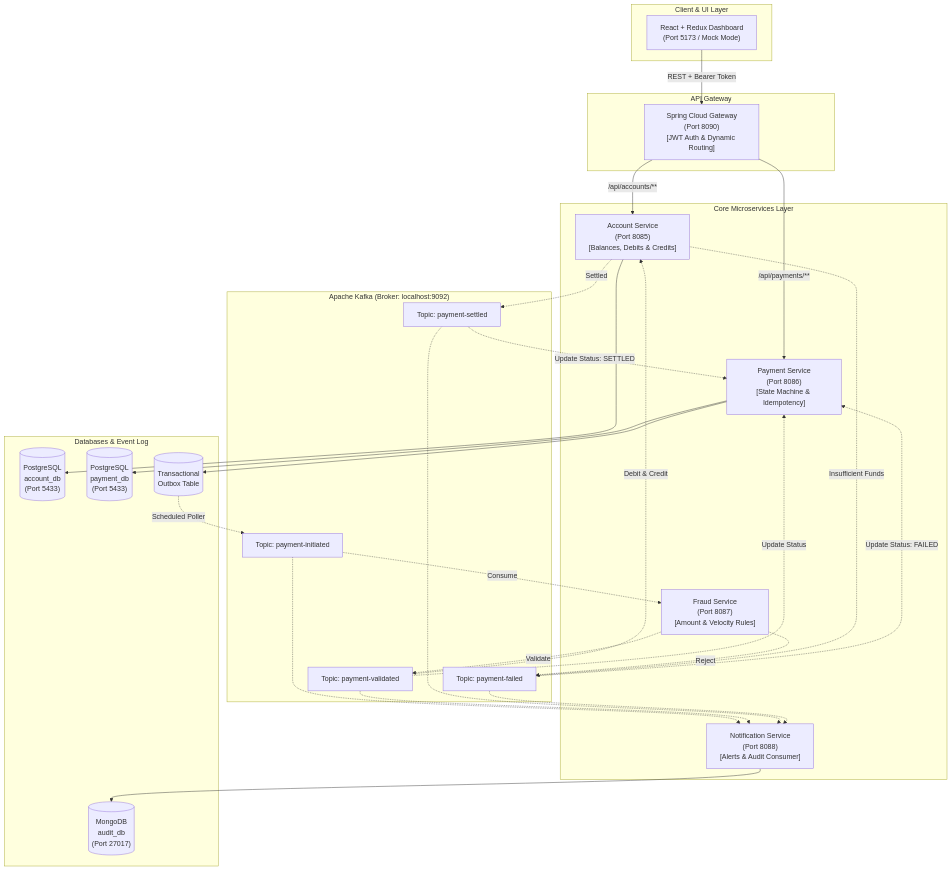
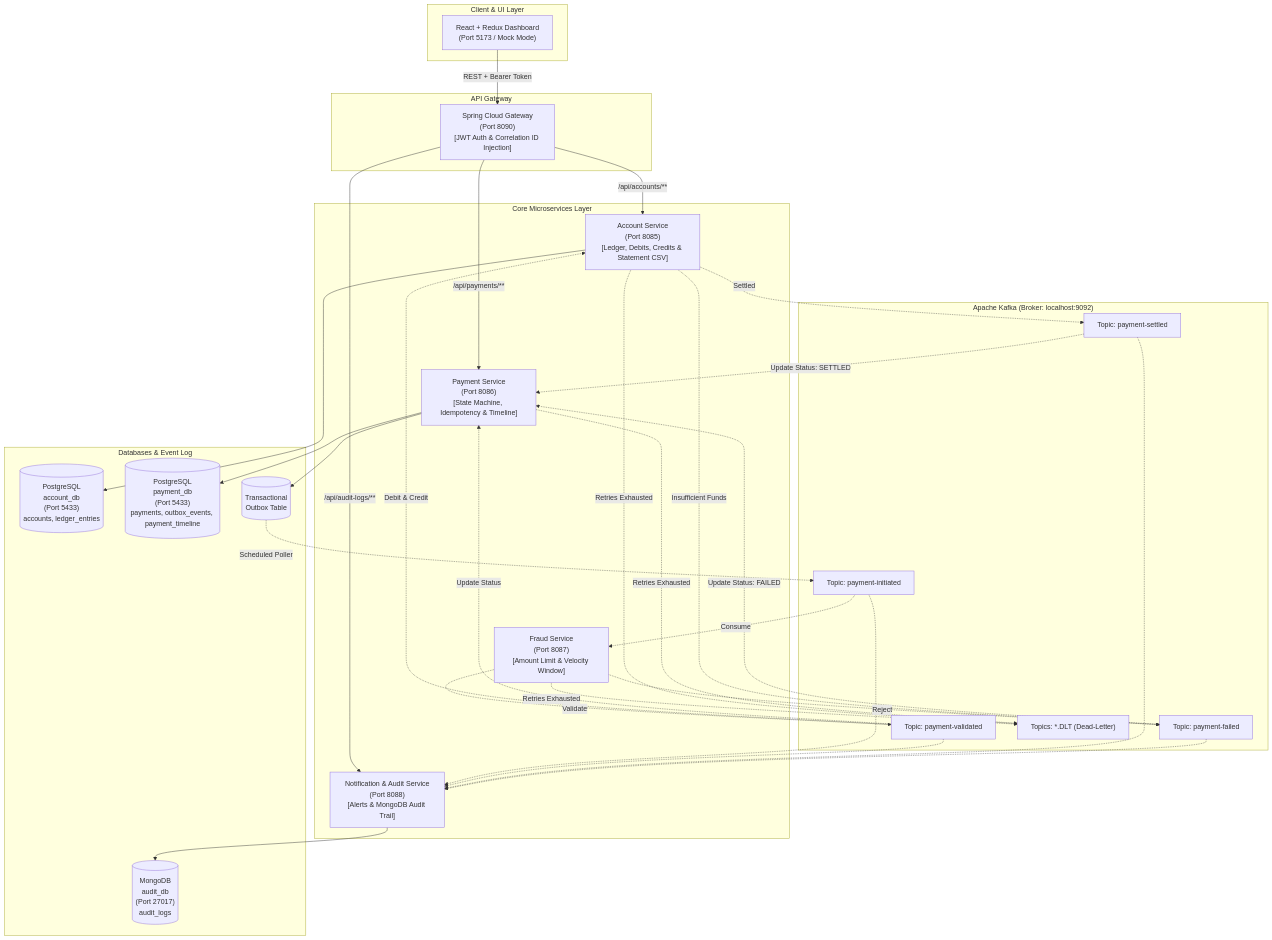
One commit to aryanpandeyce/payment-platform-java changed the diagram in README.md. Above: the diagram before and after it, drawn with Mermaid. The commit also changed other lines of this file and 4 other files, not shown here.

````diff
--- a/README.md
+++ b/README.md
@@ -20,57 +34,64 @@
 ```mermaid
 flowchart TD
     subgraph ClientLayer["Client & UI Layer"]
         UI["React + Redux Dashboard\n(Port 5173 / Mock Mode)"]
     end
 
     subgraph GatewayLayer["API Gateway"]
-        GW["Spring Cloud Gateway\n(Port 8090)\n[JWT Auth & Dynamic Routing]"]
+        GW["Spring Cloud Gateway\n(Port 8090)\n[JWT Auth & Correlation ID Injection]"]
     end
 
     subgraph Services["Core Microservices Layer"]
-        ACC["Account Service\n(Port 8085)\n[Balances, Debits & Credits]"]
-        PAY["Payment Service\n(Port 8086)\n[State Machine & Idempotency]"]
-        FRD["Fraud Service\n(Port 8087)\n[Amount & Velocity Rules]"]
-        NOTIF["Notification Service\n(Port 8088)\n[Alerts & Audit Consumer]"]
+        ACC["Account Service\n(Port 8085)\n[Ledger, Debits, Credits & Statement CSV]"]
+        PAY["Payment Service\n(Port 8086)\n[State Machine, Idempotency & Timeline]"]
+        FRD["Fraud Service\n(Port 8087)\n[Amount Limit & Velocity Window]"]
+        NOTIF["Notification & Audit Service\n(Port 8088)\n[Alerts & MongoDB Audit Trail]"]
     end
 
     subgraph DataStore["Databases & Event Log"]
-        ACC_DB[("PostgreSQL\naccount_db\n(Port 5433)")]
-        PAY_DB[("PostgreSQL\npayment_db\n(Port 5433)")]
-        AUDIT_DB[("MongoDB\naudit_db\n(Port 27017)")]
+        ACC_DB[("PostgreSQL\naccount_db\n(Port 5433)\naccounts, ledger_entries")]
+        PAY_DB[("PostgreSQL\npayment_db\n(Port 5433)\npayments, outbox_events, payment_timeline")]
+        AUDIT_DB[("MongoDB\naudit_db\n(Port 27017)\naudit_logs")]
         OUTBOX[("Transactional\nOutbox Table")]
     end
 
     subgraph MessageBroker["Apache Kafka (Broker: localhost:9092)"]
         T1["Topic: payment-initiated"]
         T2["Topic: payment-validated"]
         T3["Topic: payment-settled"]
         T4["Topic: payment-failed"]
+        TDLT["Topics: *.DLT (Dead-Letter)"]
     end
 
     UI -->|REST + Bearer Token| GW
     GW -->|/api/accounts/**| ACC
     GW -->|/api/payments/**| PAY
+    GW -->|/api/audit-logs/**| NOTIF
     ACC --> ACC_DB
     PAY --> PAY_DB
     PAY --> OUTBOX
 
     %% Event Choreography Flow
     OUTBOX -.->|Scheduled Poller| T1
     T1 -.->|Consume| FRD
     FRD -.->|Validate| T2
     FRD -.->|Reject| T4
     T2 -.->|Debit & Credit| ACC
     ACC -.->|Settled| T3
     ACC -.->|Insufficient Funds| T4
     T2 -.->|Update Status| PAY
     T3 -.->|Update Status: SETTLED| PAY
     T4 -.->|Update Status: FAILED| PAY
 
     %% Notifications & Audit
     T1 -.-> NOTIF
     T2 -.-> NOTIF
     T3 -.-> NOTIF
     T4 -.-> NOTIF
     NOTIF --> AUDIT_DB
+
+    %% Dead-letter recoverer
+    FRD -.->|Retries Exhausted| TDLT
+    ACC -.->|Retries Exhausted| TDLT
+    PAY -.->|Retries Exhausted| TDLT
 ```
````
